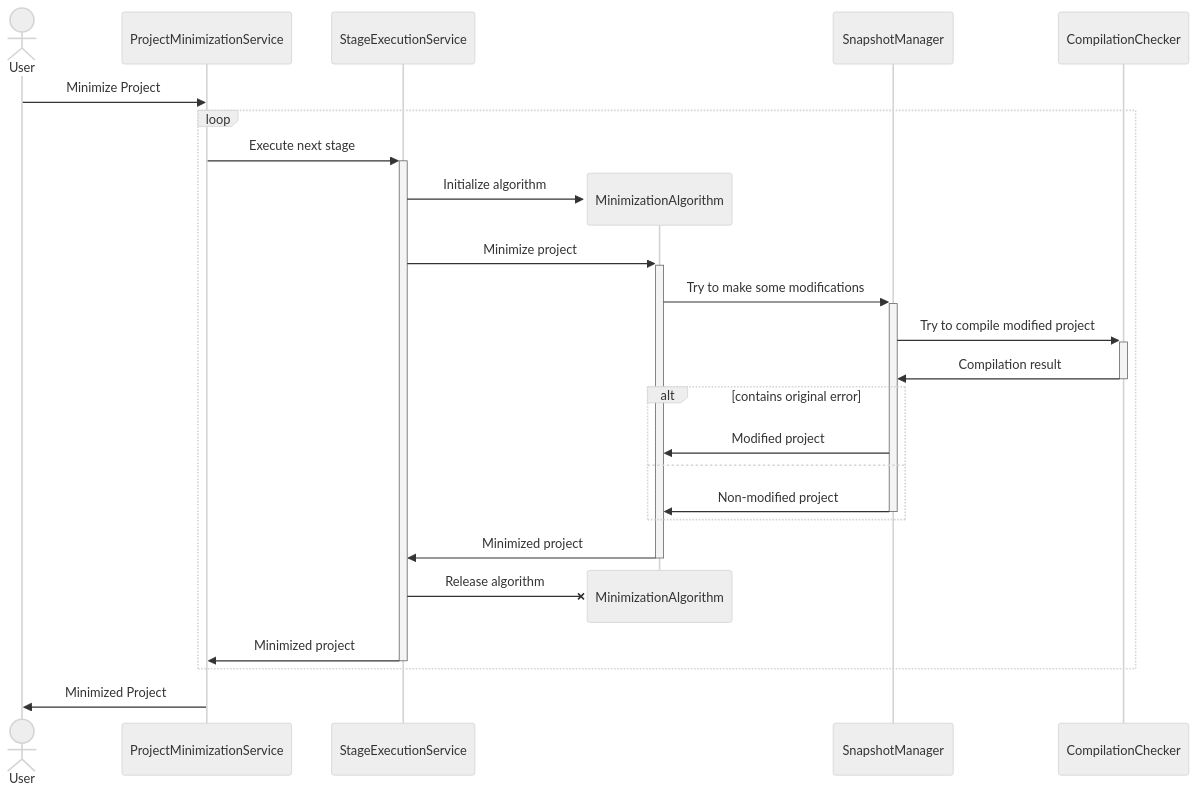
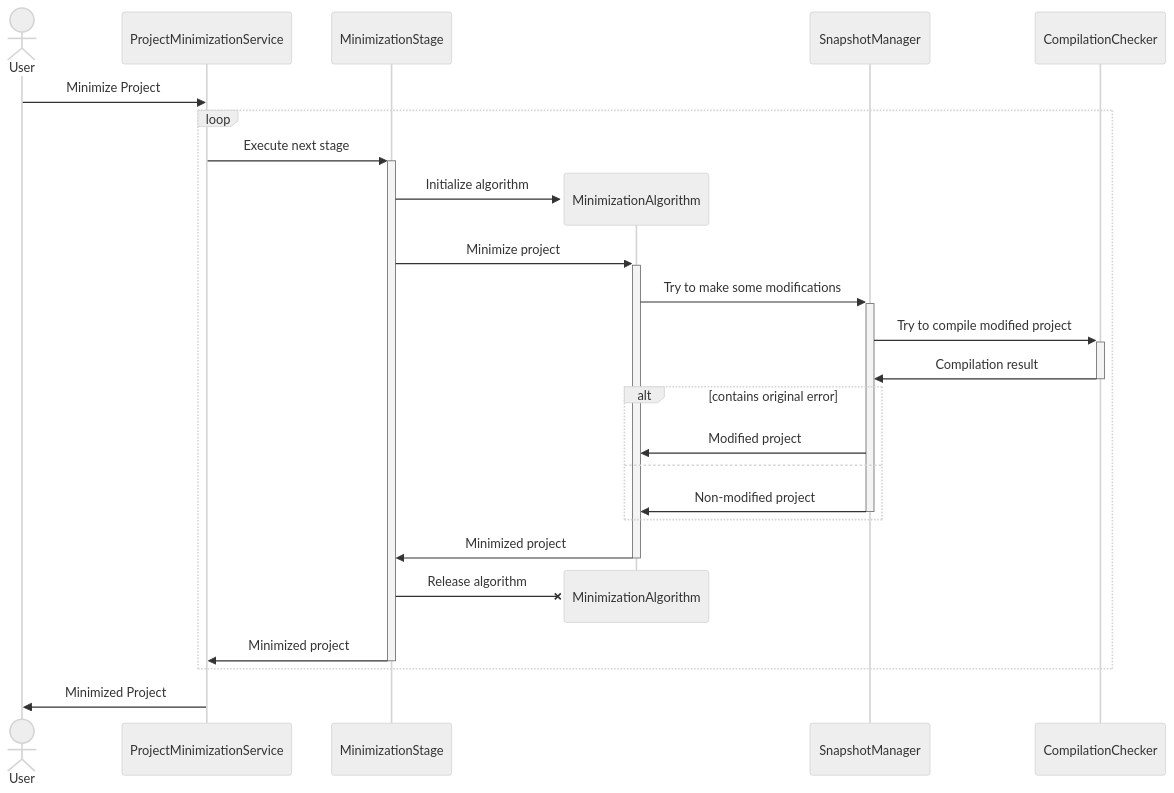
Before and after one commit to plan-research/project-minimization: the diagram in docs/OverallArchitecture.md, drawn with Mermaid (neutral theme). The commit also changed other lines of this file, not shown here.

Commit message:
small update of OverallArchitecture.md

````diff
--- a/docs/OverallArchitecture.md
+++ b/docs/OverallArchitecture.md
@@ -6,37 +6,37 @@
 ```mermaid
 sequenceDiagram
     actor User
     participant ProjectMinimizationService
-    participant StageExecutionService
+    participant MinimizationStage
     
     User->>ProjectMinimizationService: Minimize Project
     
     loop
-        ProjectMinimizationService->>+StageExecutionService: Execute next stage
+        ProjectMinimizationService->>+MinimizationStage: Execute next stage
 
         create participant MinimizationAlgorithm
-        StageExecutionService->>MinimizationAlgorithm: Initialize algorithm
+        MinimizationStage->>MinimizationAlgorithm: Initialize algorithm
         
         participant SnapshotManager
         participant CompilationChecker
 
-        StageExecutionService->>+MinimizationAlgorithm: Minimize project
+        MinimizationStage->>+MinimizationAlgorithm: Minimize project
         
         MinimizationAlgorithm->>+SnapshotManager: Try to make some modifications
         SnapshotManager->>+CompilationChecker: Try to compile modified project
         CompilationChecker->>-SnapshotManager: Compilation result 
         alt contains original error
             SnapshotManager->>MinimizationAlgorithm: Modified project
         else
             SnapshotManager->>-MinimizationAlgorithm: Non-modified project
         end
         
-        MinimizationAlgorithm->>-StageExecutionService: Minimized project
+        MinimizationAlgorithm->>-MinimizationStage: Minimized project
 
         destroy MinimizationAlgorithm
-        StageExecutionService-xMinimizationAlgorithm: Release algorithm
-        
-        StageExecutionService->>-ProjectMinimizationService: Minimized project
+        MinimizationStage-xMinimizationAlgorithm: Release algorithm
+
+        MinimizationStage->>-ProjectMinimizationService: Minimized project
     end
     ProjectMinimizationService->>User: Minimized Project
 ```
````
